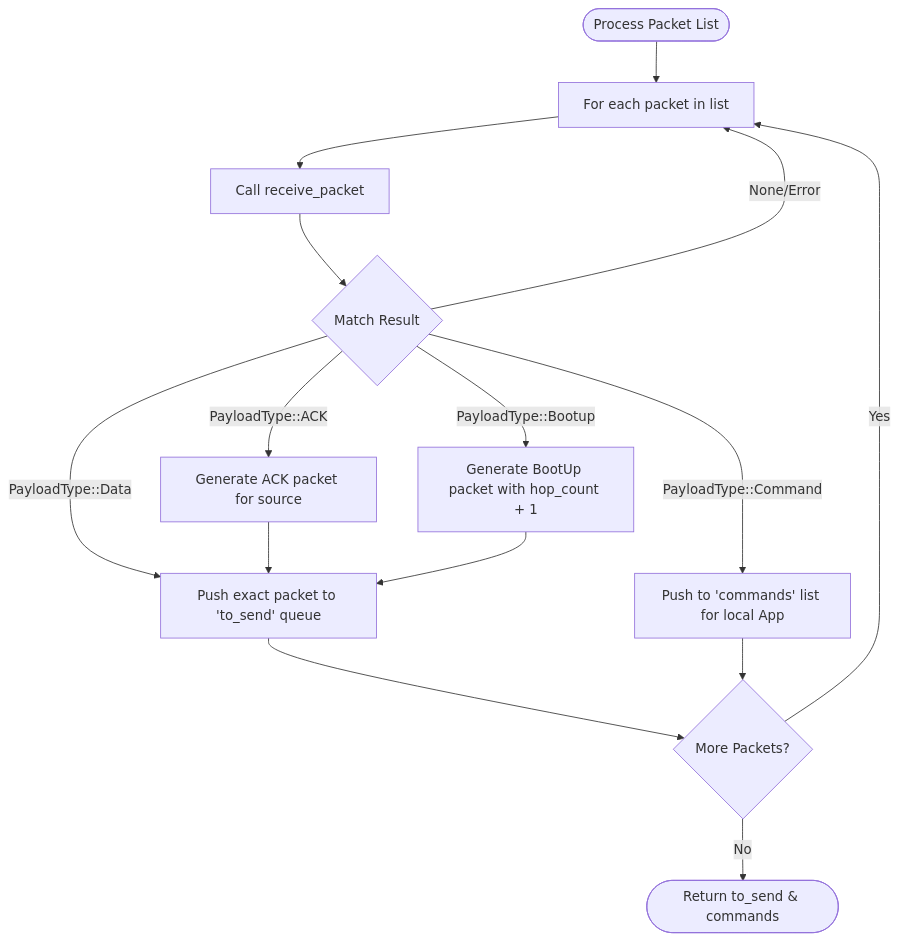
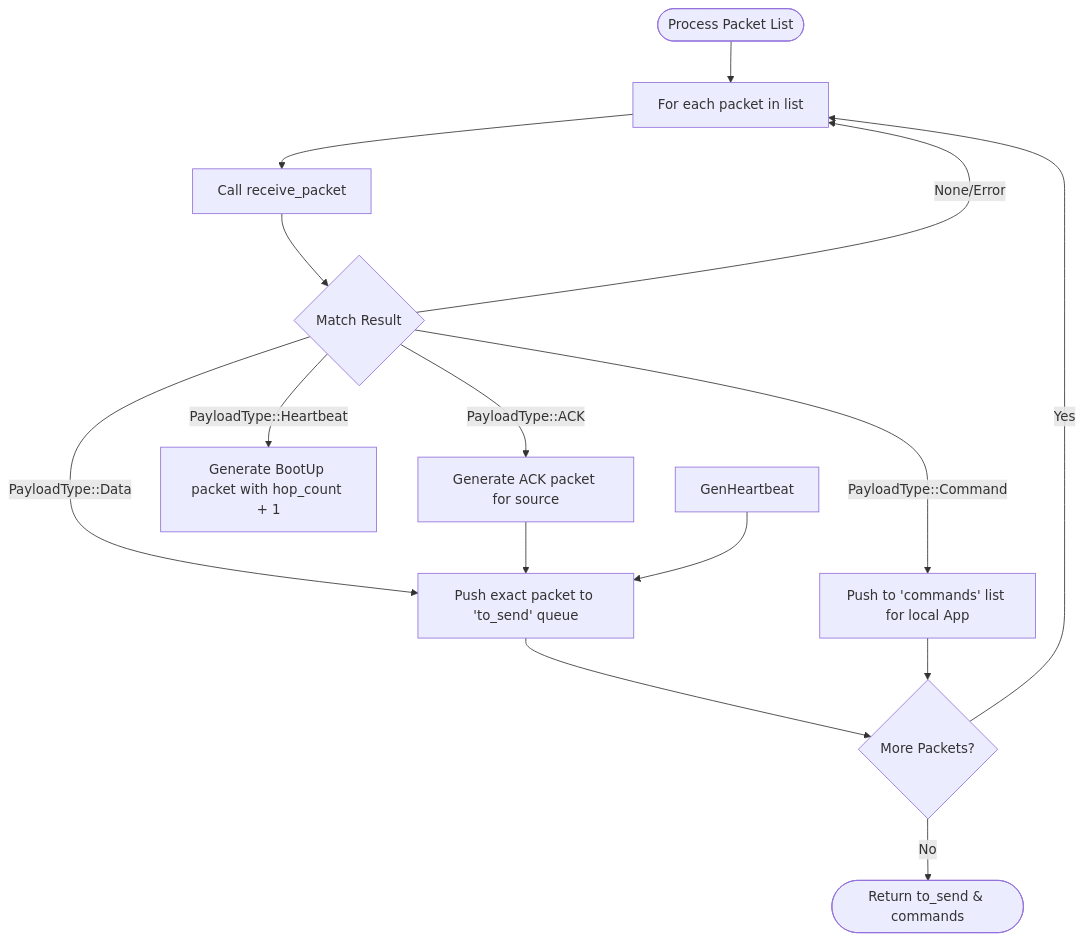
One commit to jakobolason/must-hop changed the second of 2 diagrams in must-hop/src/node/nm.md. Above: the diagram before and after it, drawn with Mermaid. The commit also changed other lines of this file and 1 other file, not shown here.

Commit message:
update graphs

````diff
--- a/must-hop/src/node/nm.md
+++ b/must-hop/src/node/nm.md
@@ -51,19 +53,19 @@
 ```mermaid
 graph TD
     Start([Process Packet List]) --> Loop[For each packet in list]
     Loop --> CallReceive[Call receive_packet]
     CallReceive --> MatchResult{Match Result}
 
     MatchResult -- None/Error --> Loop
     MatchResult -- PayloadType::Data --> PushToSend[Push exact packet to 'to_send' queue]
     MatchResult -- PayloadType::Command --> PushToCommand[Push to 'commands' list for local App]
     MatchResult -- PayloadType::ACK --> GenAck[Generate ACK packet for source]
-    MatchResult -- PayloadType::Bootup --> GenBootup[Generate BootUp packet with hop_count + 1]
+    MatchResult -- PayloadType::Heartbeat --> GenBootup[Generate BootUp packet with hop_count + 1]
 
     GenAck --> PushToSend
-    GenBootup --> PushToSend
+    GenHeartbeat --> PushToSend
     PushToSend --> EndLoop{More Packets?}
     PushToCommand --> EndLoop
     EndLoop -- Yes --> Loop
     EndLoop -- No --> End([Return to_send & commands])
 ```
````
